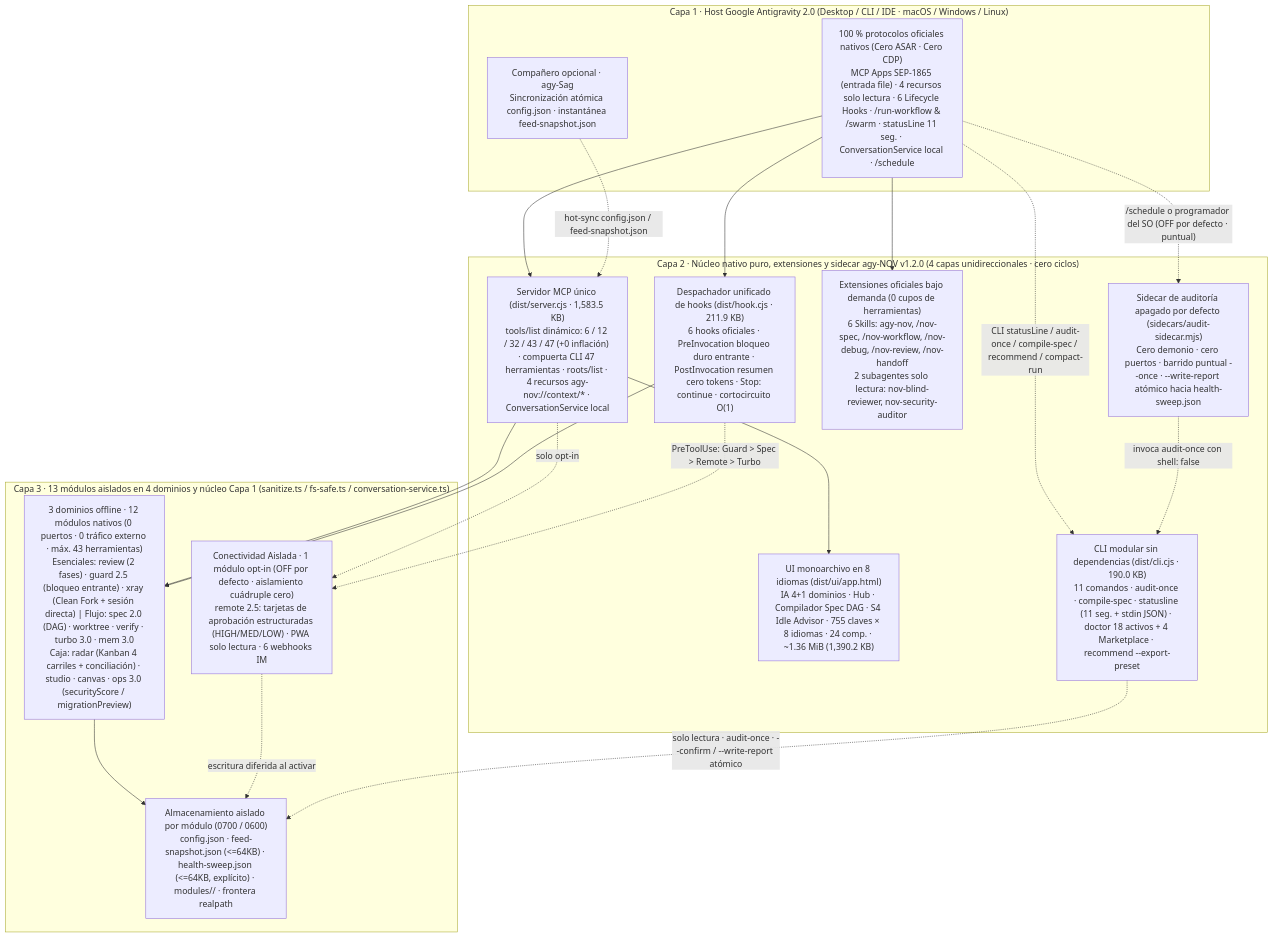
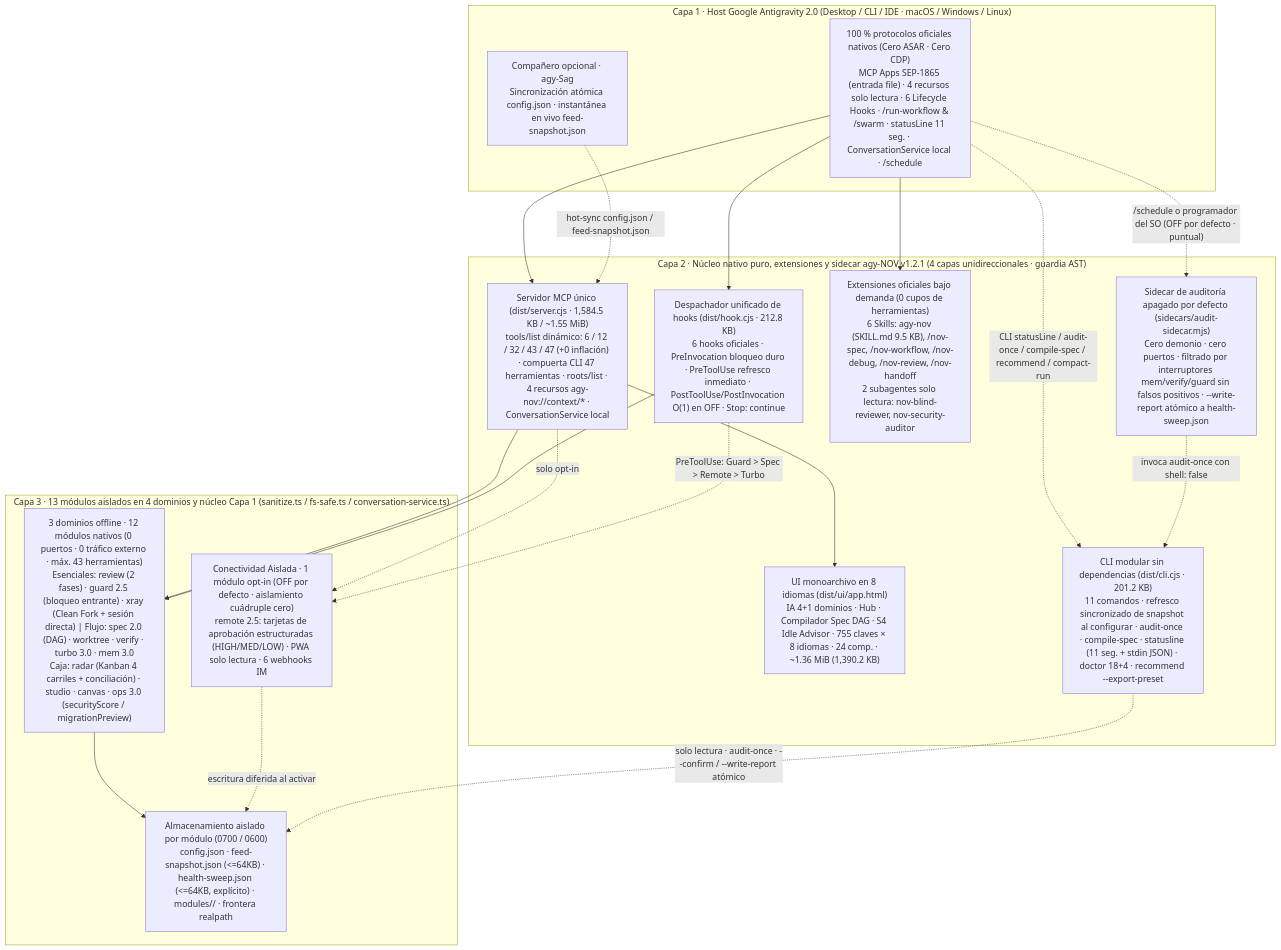
One commit to tone-leh/agy-NOV changed the diagram in docs/i18n/README.es.md. Above: the diagram before and after it, drawn with Mermaid. The commit also changed other lines of this file and 34 other files, not shown here.

Commit message:
fix(v1.2.1): dual-star feed consistency, disabled-module write gates, sidecar toggles & SKILL slimming

````diff
--- a/docs/i18n/README.es.md
+++ b/docs/i18n/README.es.md
@@ -262,38 +270,38 @@
 ```mermaid
 flowchart TB
   subgraph L1["Capa 1 · Host Google Antigravity 2.0 (Desktop / CLI / IDE · macOS / Windows / Linux)"]
     Host["100 % protocolos oficiales nativos (Cero ASAR · Cero CDP)\nMCP Apps SEP-1865 (entrada file) · 4 recursos solo lectura · 6 Lifecycle Hooks · /run-workflow & /swarm · statusLine 11 seg. · ConversationService local · /schedule"]
-    Sag["Compañero opcional · agy-Sag\nSincronización atómica config.json · instantánea feed-snapshot.json"]
+    Sag["Compañero opcional · agy-Sag\nSincronización atómica config.json · instantánea en vivo feed-snapshot.json"]
   end
 
-  subgraph L2["Capa 2 · Núcleo nativo puro, extensiones y sidecar agy-NOV v1.2.0 (4 capas unidireccionales · cero ciclos)"]
-    MCP["Servidor MCP único (dist/server.cjs · 1,583.5 KB)\ntools/list dinámico: 6 / 12 / 32 / 43 / 47 (+0 inflación) · compuerta CLI 47 herramientas · roots/list · 4 recursos agy-nov://context/* · ConversationService local"]
-    Hook["Despachador unificado de hooks (dist/hook.cjs · 211.9 KB)\n6 hooks oficiales · PreInvocation bloqueo duro entrante · PostInvocation resumen cero tokens · Stop: continue · cortocircuito O(1)"]
+  subgraph L2["Capa 2 · Núcleo nativo puro, extensiones y sidecar agy-NOV v1.2.1 (4 capas unidireccionales · guardia AST)"]
+    MCP["Servidor MCP único (dist/server.cjs · 1,584.5 KB / ~1.55 MiB)\ntools/list dinámico: 6 / 12 / 32 / 43 / 47 (+0 inflación) · compuerta CLI 47 herramientas · roots/list · 4 recursos agy-nov://context/* · ConversationService local"]
+    Hook["Despachador unificado de hooks (dist/hook.cjs · 212.8 KB)\n6 hooks oficiales · PreInvocation bloqueo duro · PreToolUse refresco inmediato · PostToolUse/PostInvocation O(1) en OFF · Stop: continue"]
     UI["UI monoarchivo en 8 idiomas (dist/ui/app.html)\nIA 4+1 dominios · Hub · Compilador Spec DAG · S4 Idle Advisor · 755 claves × 8 idiomas · 24 comp. · ~1.36 MiB (1,390.2 KB)"]
-    Ext["Extensiones oficiales bajo demanda (0 cupos de herramientas)\n6 Skills: agy-nov, /nov-spec, /nov-workflow, /nov-debug, /nov-review, /nov-handoff\n2 subagentes solo lectura: nov-blind-reviewer, nov-security-auditor"]
-    CLI["CLI modular sin dependencias (dist/cli.cjs · 190.0 KB)\n11 comandos · audit-once · compile-spec · statusline (11 seg. + stdin JSON) · doctor 18 activos + 4 Marketplace · recommend --export-preset"]
-    Sidecar["Sidecar de auditoría apagado por defecto (sidecars/audit-sidecar.mjs)\nCero demonio · cero puertos · barrido puntual --once · --write-report atómico hacia health-sweep.json"]
+    Ext["Extensiones oficiales bajo demanda (0 cupos de herramientas)\n6 Skills: agy-nov (SKILL.md 9.5 KB), /nov-spec, /nov-workflow, /nov-debug, /nov-review, /nov-handoff\n2 subagentes solo lectura: nov-blind-reviewer, nov-security-auditor"]
+    CLI["CLI modular sin dependencias (dist/cli.cjs · 201.2 KB)\n11 comandos · refresco sincronizado de snapshot al configurar · audit-once · compile-spec · statusline (11 seg. + stdin JSON) · doctor 18+4 · recommend --export-preset"]
+    Sidecar["Sidecar de auditoría apagado por defecto (sidecars/audit-sidecar.mjs)\nCero demonio · cero puertos · filtrado por interruptores mem/verify/guard sin falsos positivos · --write-report atómico a health-sweep.json"]
   end
 
   subgraph L3["Capa 3 · 13 módulos aislados en 4 dominios y núcleo Capa 1 (sanitize.ts / fs-safe.ts / conversation-service.ts)"]
     T1["3 dominios offline · 12 módulos nativos (0 puertos · 0 tráfico externo · máx. 43 herramientas)\nEsenciales: review (2 fases) · guard 2.5 (bloqueo entrante) · xray (Clean Fork + sesión directa) | Flujo: spec 2.0 (DAG) · worktree · verify · turbo 3.0 · mem 3.0\nCaja: radar (Kanban 4 carriles + conciliación) · studio · canvas · ops 3.0 (securityScore / migrationPreview)"]
     T2R["Conectividad Aislada · 1 módulo opt-in (OFF por defecto · aislamiento cuádruple cero)\nremote 2.5: tarjetas de aprobación estructuradas (HIGH/MED/LOW) · PWA solo lectura · 6 webhooks IM"]
     Store["Almacenamiento aislado por módulo (0700 / 0600)\nconfig.json · feed-snapshot.json (<=64KB) · health-sweep.json (<=64KB, explícito) · modules/<id>/ · frontera realpath"]
   end
 
   Host --> MCP
   Host --> Hook
   Host --> Ext
   Host -. "CLI statusLine / audit-once / compile-spec / recommend / compact-run" .-> CLI
   Host -. "/schedule o programador del SO (OFF por defecto · puntual)" .-> Sidecar
   Sidecar -. "invoca audit-once con shell: false" .-> CLI
   Sag -. "hot-sync config.json / feed-snapshot.json" .-> MCP
   MCP --> UI
   MCP --> T1
   MCP -. "solo opt-in" .-> T2R
   Hook --> T1
   Hook -. "PreToolUse: Guard > Spec > Remote > Turbo" .-> T2R
   T1 --> Store
   T2R -. "escritura diferida al activar" .-> Store
   CLI -. "solo lectura · audit-once · --confirm / --write-report atómico" .-> Store
 ```
````
